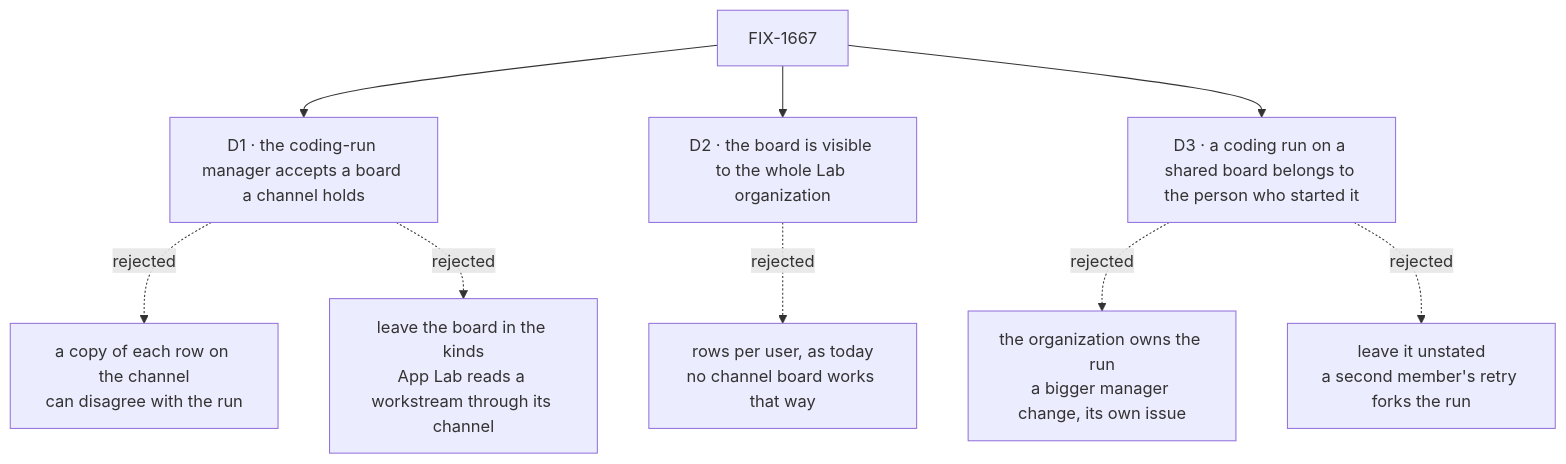
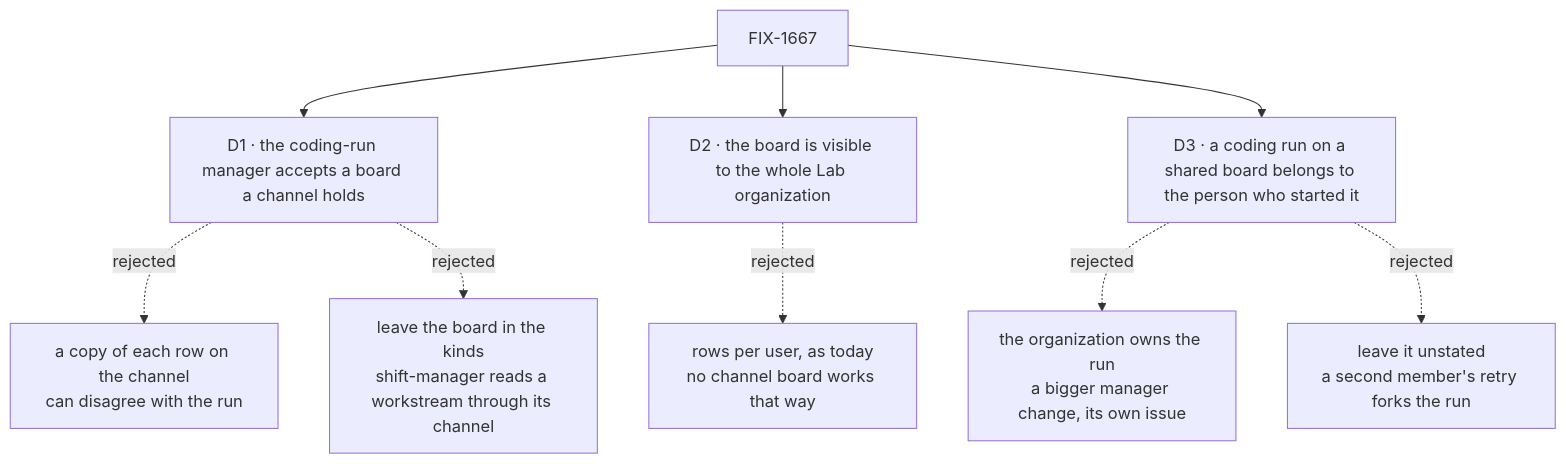
Before and after one commit to fixpoint-labs/flow-state-dev: the diagram in specs/issues/FIX-1667/DECISIONS.md, drawn with Mermaid. The commit also changed other lines of this file and 383 other files, not shown here.

First line of the commit message:
refactor: rename app-lab to shift-manager (FIX-1706)

````diff
--- a/specs/issues/FIX-1667/DECISIONS.md
+++ b/specs/issues/FIX-1667/DECISIONS.md
@@ -10,11 +10,11 @@
 ```mermaid
 flowchart TD
   I["FIX-1667"] --> D1["D1 · the coding-run manager accepts a board a channel holds"]
   D1 -.->|"rejected"| X1["a copy of each row on the channel<br/>can disagree with the run"]
-  D1 -.->|"rejected"| X1b["leave the board in the kinds<br/>App Lab reads a workstream through its channel"]
+  D1 -.->|"rejected"| X1b["leave the board in the kinds<br/>shift-manager reads a workstream through its channel"]
   I --> D2["D2 · the board is visible to the whole Lab organization"]
   D2 -.->|"rejected"| X2["rows per user, as today<br/>no channel board works that way"]
   I --> D3["D3 · a coding run on a shared board belongs to the person who started it"]
   D3 -.->|"rejected"| X3["the organization owns the run<br/>a bigger manager change, its own issue"]
   D3 -.->|"rejected"| X3b["leave it unstated<br/>a second member's retry forks the run"]
 ```
````
